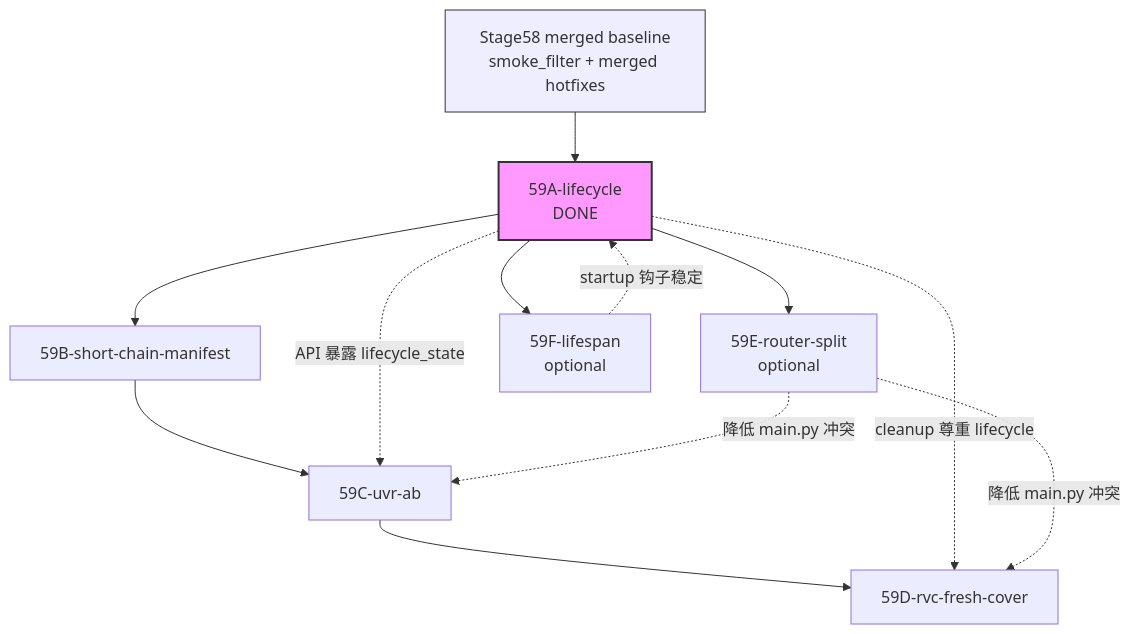
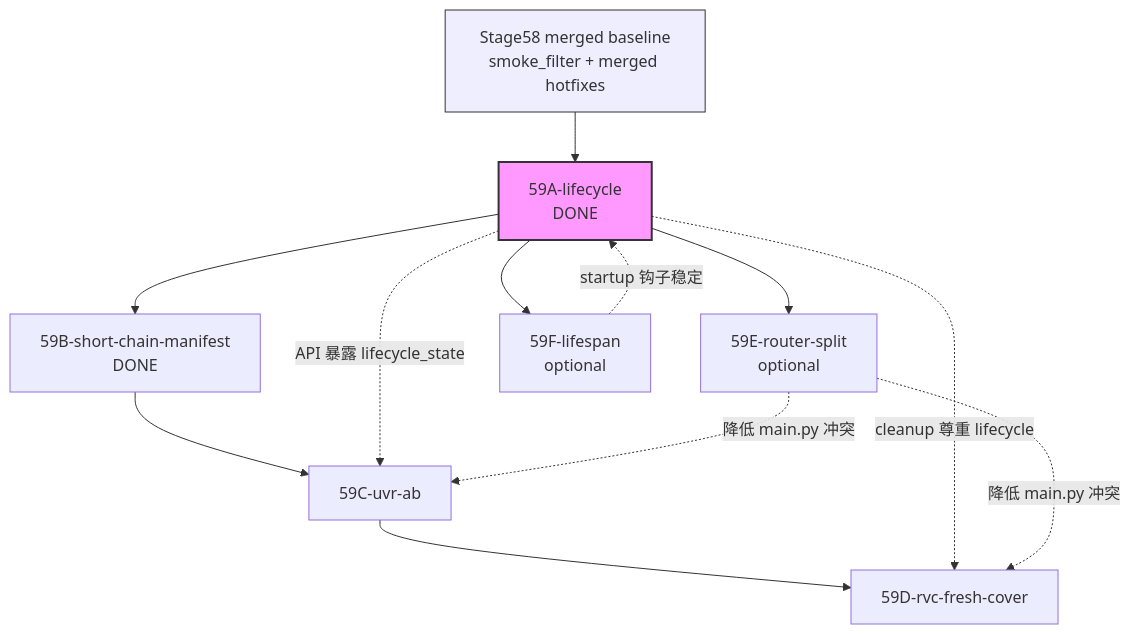
Before and after one commit to mkks64790-boop/-: the diagram in docs/agent-md/worker/stage-59-pr-plan.md, drawn with Mermaid. The commit also changed other lines of this file and 4 other files, not shown here.

Commit message:
Stage59B: add short-chain manifest schema, rights gate, and verifier

````diff
--- a/docs/agent-md/worker/stage-59-pr-plan.md
+++ b/docs/agent-md/worker/stage-59-pr-plan.md
@@ -36,25 +36,25 @@
 ```mermaid
 flowchart TD
     BASE[Stage58 merged baseline<br/>smoke_filter + merged hotfixes]
     A[59A-lifecycle<br/>DONE]
-    B[59B-short-chain-manifest]
+    B[59B-short-chain-manifest<br/>DONE]
     C[59C-uvr-ab]
     D[59D-rvc-fresh-cover]
     E[59E-router-split<br/>optional]
     F[59F-lifespan<br/>optional]
 
     BASE --> A
     A --> B
     B --> C
     C --> D
     A -.->|API 暴露 lifecycle_state| C
     A -.->|cleanup 尊重 lifecycle| D
     A --> E
     A --> F
     E -.->|降低 main.py 冲突| C
     E -.->|降低 main.py 冲突| D
     F -.->|startup 钩子稳定| A
 
     style A fill:#f9f,stroke:#333,stroke-width:2px
     style BASE fill:#eef,stroke:#333
 ```
````
